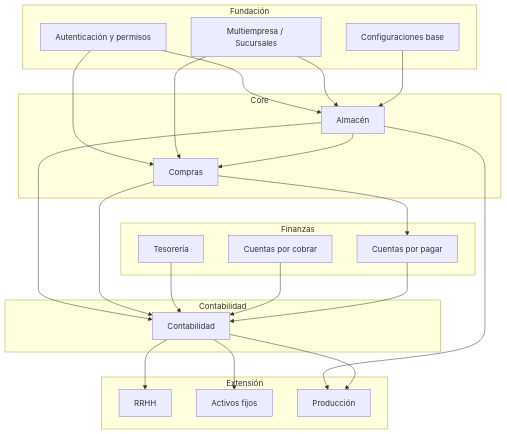
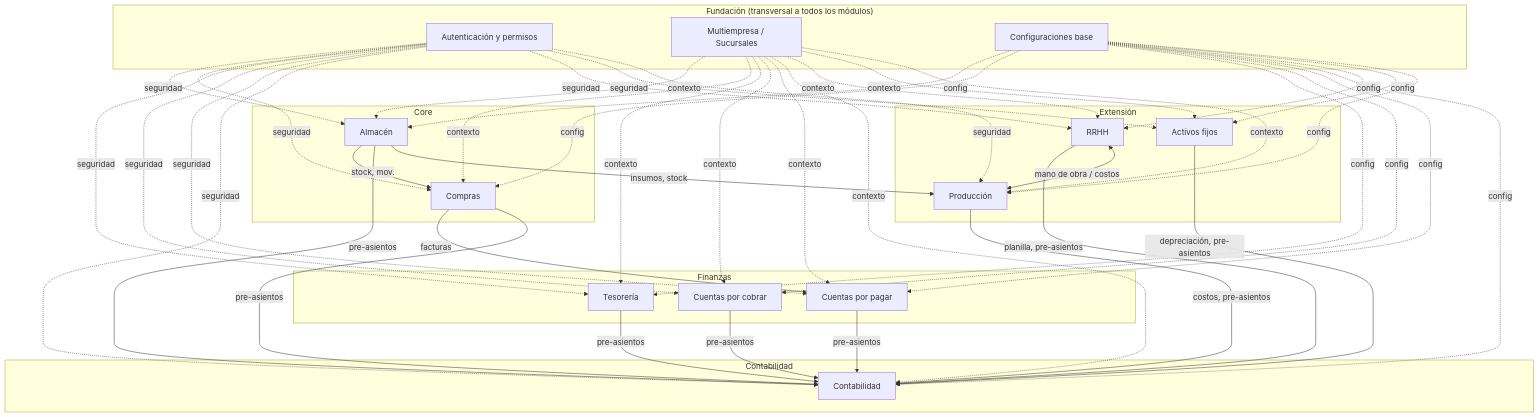
The third of 11 diagrams in restaurante.pe/ROADMAP_RESTAURANT_PE.md (jramirezch1978/sigre_web), drawn with Mermaid before and after one commit. The commit also changed other lines of this file, not shown here.

Commit message:
fix: Corregir diagrama de dependencias entre modulos - Fundacion es transversal a todos, RRHH/Activos/Produccion envian a Contabilidad, Produccion toma de Almacen y RRHH

````diff
--- a/restaurante.pe/ROADMAP_RESTAURANT_PE.md
+++ b/restaurante.pe/ROADMAP_RESTAURANT_PE.md
@@ -86,41 +86,68 @@
 ```mermaid
 flowchart TB
-    subgraph Fundación
+    subgraph Fundación["Fundación (transversal a todos los módulos)"]
         AUTH[Autenticación y permisos]
         EMP[Multiempresa / Sucursales]
         CONF[Configuraciones base]
     end
     subgraph Core
         ALM[Almacén]
         COM[Compras]
     end
     subgraph Finanzas
         TES[Tesorería]
         CxC[Cuentas por cobrar]
         CxP[Cuentas por pagar]
     end
     subgraph Contabilidad
         CNT[Contabilidad]
     end
     subgraph Extensión
         RRHH[RRHH]
         AF[Activos fijos]
         PROD[Producción]
     end
-    AUTH --> ALM
-    AUTH --> COM
-    EMP --> ALM
-    EMP --> COM
-    CONF --> ALM
-    ALM --> COM
-    ALM --> CNT
-    COM --> CxP
-    COM --> CNT
-    TES --> CNT
-    CxC --> CNT
-    CxP --> CNT
-    CNT --> RRHH
-    CNT --> AF
-    ALM --> PROD
-    CNT --> PROD
+
+    %% Fundación es transversal — se conecta con TODOS los módulos
+    AUTH -.->|seguridad| ALM
+    AUTH -.->|seguridad| COM
+    AUTH -.->|seguridad| TES
+    AUTH -.->|seguridad| CxC
+    AUTH -.->|seguridad| CxP
+    AUTH -.->|seguridad| CNT
+    AUTH -.->|seguridad| RRHH
+    AUTH -.->|seguridad| AF
+    AUTH -.->|seguridad| PROD
+    EMP -.->|contexto| ALM
+    EMP -.->|contexto| COM
+    EMP -.->|contexto| TES
+    EMP -.->|contexto| CxC
+    EMP -.->|contexto| CxP
+    EMP -.->|contexto| CNT
+    EMP -.->|contexto| RRHH
+    EMP -.->|contexto| AF
+    EMP -.->|contexto| PROD
+    CONF -.->|config| ALM
+    CONF -.->|config| COM
+    CONF -.->|config| TES
+    CONF -.->|config| CxC
+    CONF -.->|config| CxP
+    CONF -.->|config| CNT
+    CONF -.->|config| RRHH
+    CONF -.->|config| AF
+    CONF -.->|config| PROD
+
+    %% Dependencias de negocio (flujo de datos operativos)
+    ALM -->|stock, mov.| COM
+    COM -->|facturas| CxP
+    ALM -->|pre-asientos| CNT
+    COM -->|pre-asientos| CNT
+    TES -->|pre-asientos| CNT
+    CxC -->|pre-asientos| CNT
+    CxP -->|pre-asientos| CNT
+    RRHH -->|planilla, pre-asientos| CNT
+    AF -->|depreciación, pre-asientos| CNT
+    PROD -->|costos, pre-asientos| CNT
+    ALM -->|insumos, stock| PROD
+    RRHH <-->|mano de obra / costos| PROD
 ```
````
